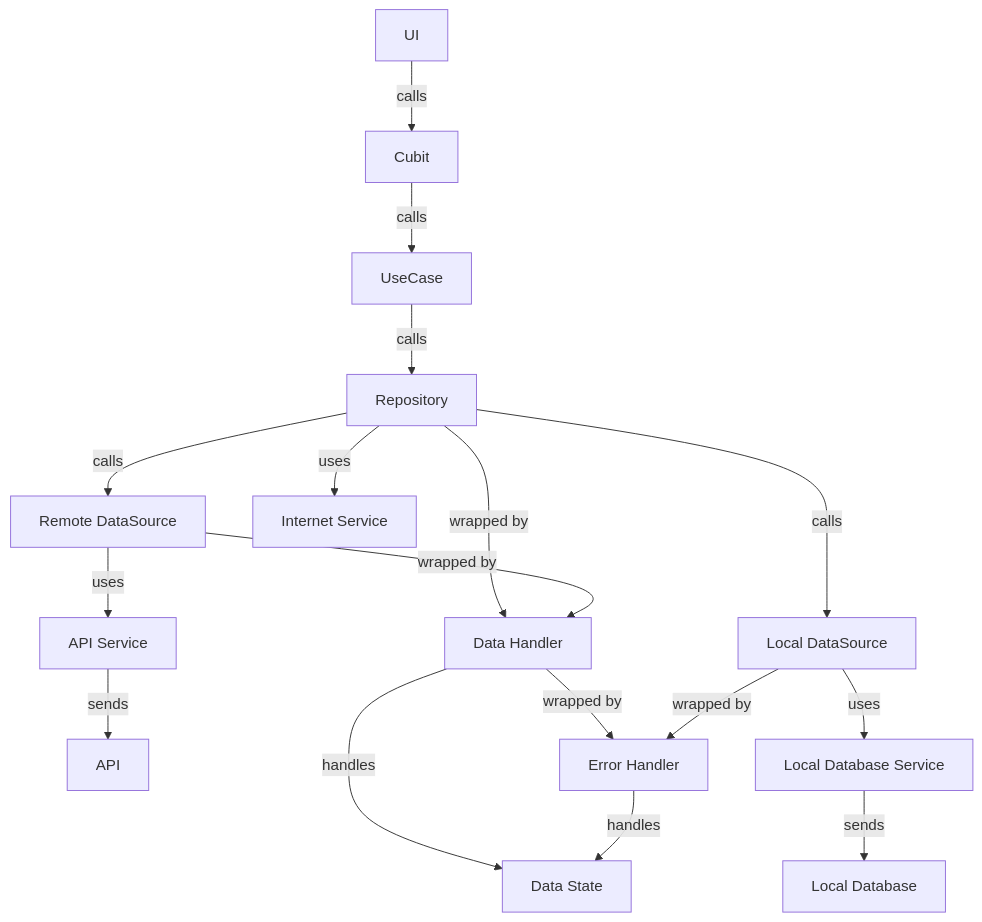
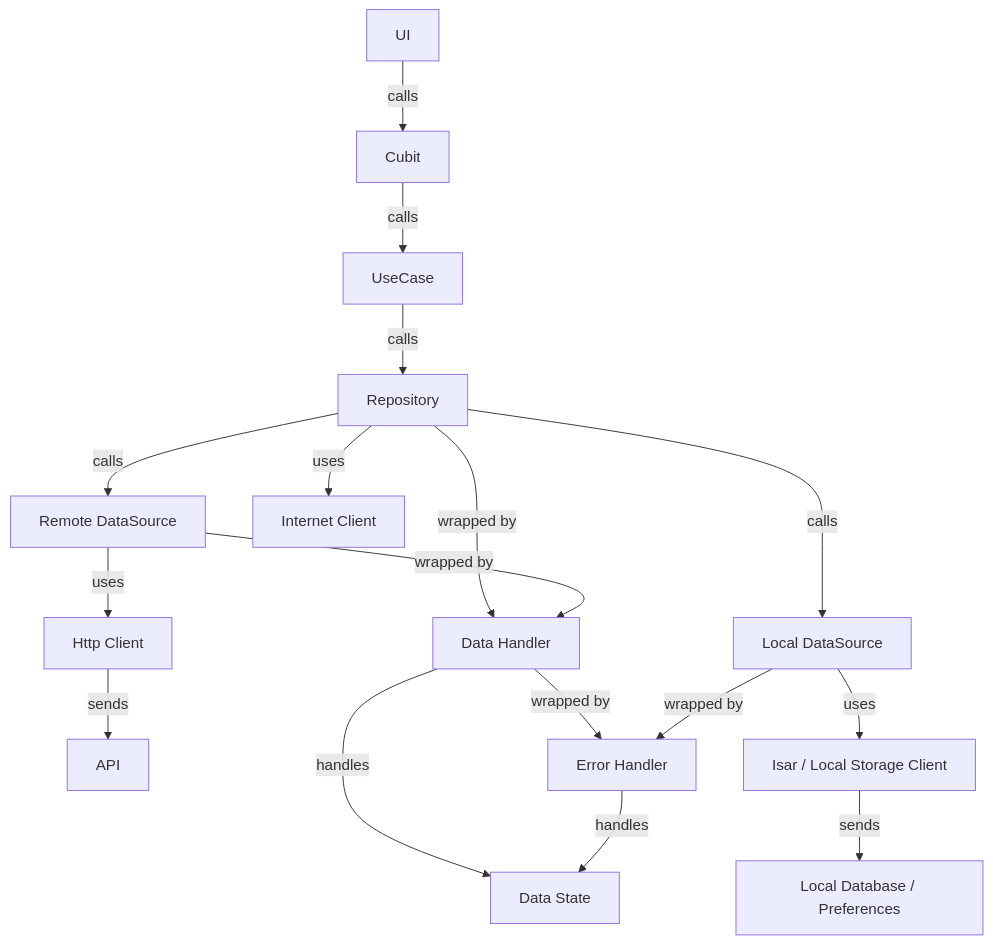
The second of 3 diagrams in README.md (gaurishankar007/Flutter-Clean-Architecture), drawn with Mermaid before and after one commit. The commit also changed other lines of this file and 65 other files, not shown here.

````diff
--- a/README.md
+++ b/README.md
@@ -300,18 +305,18 @@
 ```mermaid
 flowchart TD
   Z["UI"] -- calls --> A["Cubit"]
   A -- calls --> B["UseCase"]
   B -- calls --> C["Repository"]
   C -- calls --> D["Remote DataSource"] & E["Local DataSource"]
-  C -- uses --> F["Internet Service"]
+  C -- uses --> F["Internet Client"]
   C -- wrapped by --> G["Data Handler"]
   G -- handles --> H["Data State"]
-  D -- uses --> I["API Service"]
+  D -- uses --> I["Http Client"]
   D -- wrapped by --> G
   I -- sends --> J["API"]
   G -- wrapped by --> M["Error Handler"]
-  E -- uses --> K["Local Database Service"]
+  E -- uses --> K["Isar / Local Storage Client"]
   E -- wrapped by --> M
   M -- handles --> H
-  K -- sends --> L["Local Database"]
+  K -- sends --> L["Local Database / Preferences"]
 ```
````
